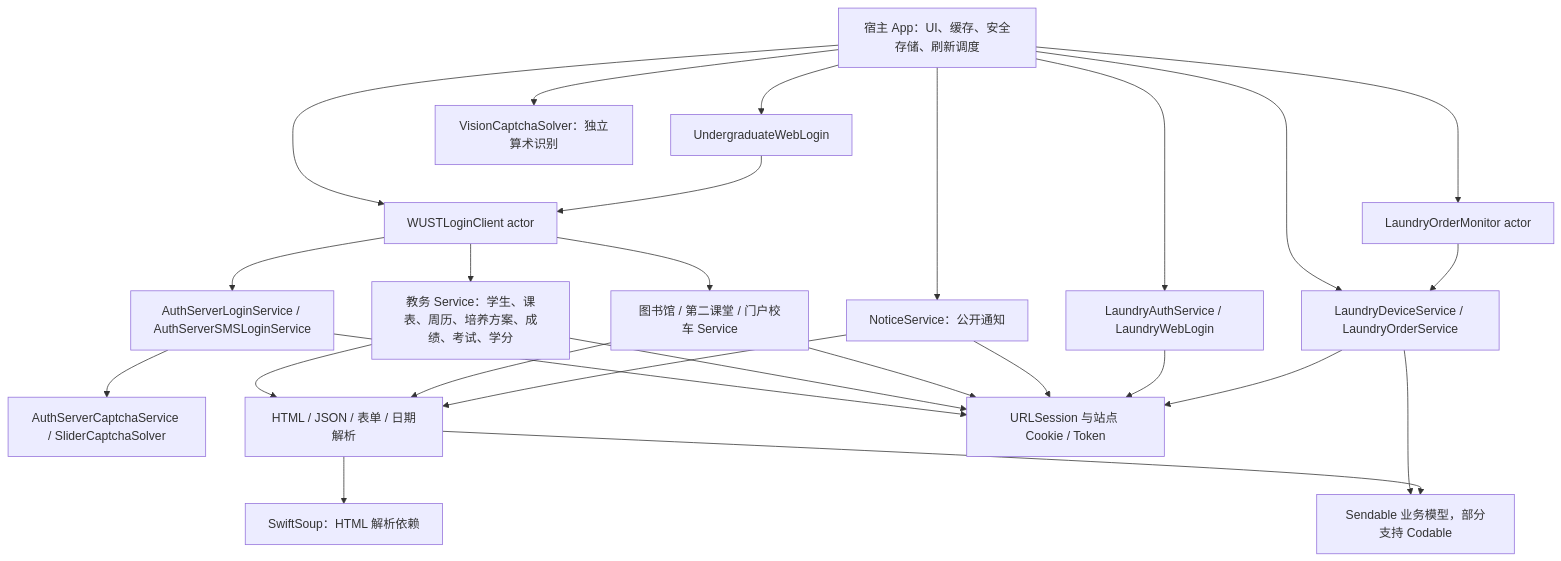
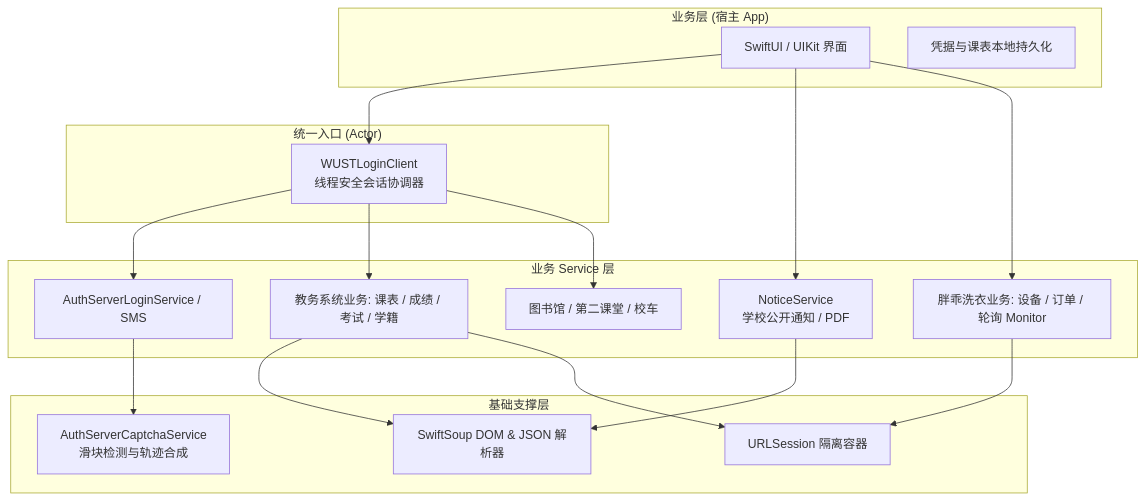
One commit to xiaoka520/WUSTFoundation changed the diagram in Documentation/Manual.md. Above: the diagram before and after it, drawn with Mermaid. The commit also changed other lines of this file, not shown here.

````diff
--- a/Documentation/Manual.md
+++ b/Documentation/Manual.md
@@ -84,45 +109,37 @@
 ```mermaid
 flowchart TB
-    App[宿主 App：UI、缓存、安全存储、刷新调度]
-    Client[WUSTLoginClient actor]
-    Login[AuthServerLoginService / AuthServerSMSLoginService]
-    Web[UndergraduateWebLogin]
-    Captcha[AuthServerCaptchaService / SliderCaptchaSolver]
-    OCR[VisionCaptchaSolver：独立算术识别]
-    School[教务 Service：学生、课表、周历、培养方案、成绩、考试、学分]
-    Extra[图书馆 / 第二课堂 / 门户校车 Service]
-    Notice[NoticeService：公开通知]
-    LaundryAuth[LaundryAuthService / LaundryWebLogin]
-    LaundryQuery[LaundryDeviceService / LaundryOrderService]
-    Monitor[LaundryOrderMonitor actor]
-    Parsers[HTML / JSON / 表单 / 日期解析]
-    Models[Sendable 业务模型，部分支持 Codable]
-    Net[URLSession 与站点 Cookie / Token]
-    Soup[SwiftSoup：HTML 解析依赖]
+    subgraph UI ["业务层 (宿主 App)"]
+        AppUI[SwiftUI / UIKit 界面]
+        AppStorage[凭据与课表本地持久化]
+    end
 
-    App --> Client
-    App --> Web
-    App --> Notice
-    App --> LaundryAuth
-    App --> LaundryQuery
-    App --> Monitor
-    App --> OCR
-    Client --> Login
-    Login --> Captcha
-    Web --> Client
-    Client --> School
-    Client --> Extra
-    Login --> Net
-    School --> Net
-    Extra --> Net
-    Notice --> Net
-    LaundryAuth --> Net
-    LaundryQuery --> Net
-    Monitor --> LaundryQuery
-    School --> Parsers
-    Extra --> Parsers
-    Notice --> Parsers
-    LaundryQuery --> Models
-    Parsers --> Models
-    Parsers --> Soup
+    subgraph Entry ["统一入口 (Actor)"]
+        Client[WUSTLoginClient<br/>线程安全会话协调器]
+    end
+
+    subgraph CoreServices ["业务 Service 层"]
+        AuthServer[AuthServerLoginService / SMS]
+        Undergrad[教务系统业务: 课表 / 成绩 / 考试 / 学籍]
+        NoticeSvc[NoticeService<br/>学校公开通知 / PDF]
+        LaundrySvc[胖乖洗衣业务: 设备 / 订单 / 轮询 Monitor]
+        ExtraSvc[图书馆 / 第二课堂 / 校车]
+    end
+
+    subgraph Infrastructure ["基础支撑层"]
+        Net[URLSession 隔离容器]
+        Captcha[AuthServerCaptchaService<br/>滑块检测与轨迹合成]
+        Parsers[SwiftSoup DOM & JSON 解析器]
+    end
+
+    AppUI --> Client
+    AppUI --> NoticeSvc
+    AppUI --> LaundrySvc
+    Client --> AuthServer
+    Client --> Undergrad
+    Client --> ExtraSvc
+    AuthServer --> Captcha
+    Undergrad --> Parsers
+    NoticeSvc --> Parsers
+    LaundrySvc --> Net
+    Undergrad --> Net
 ```
````
